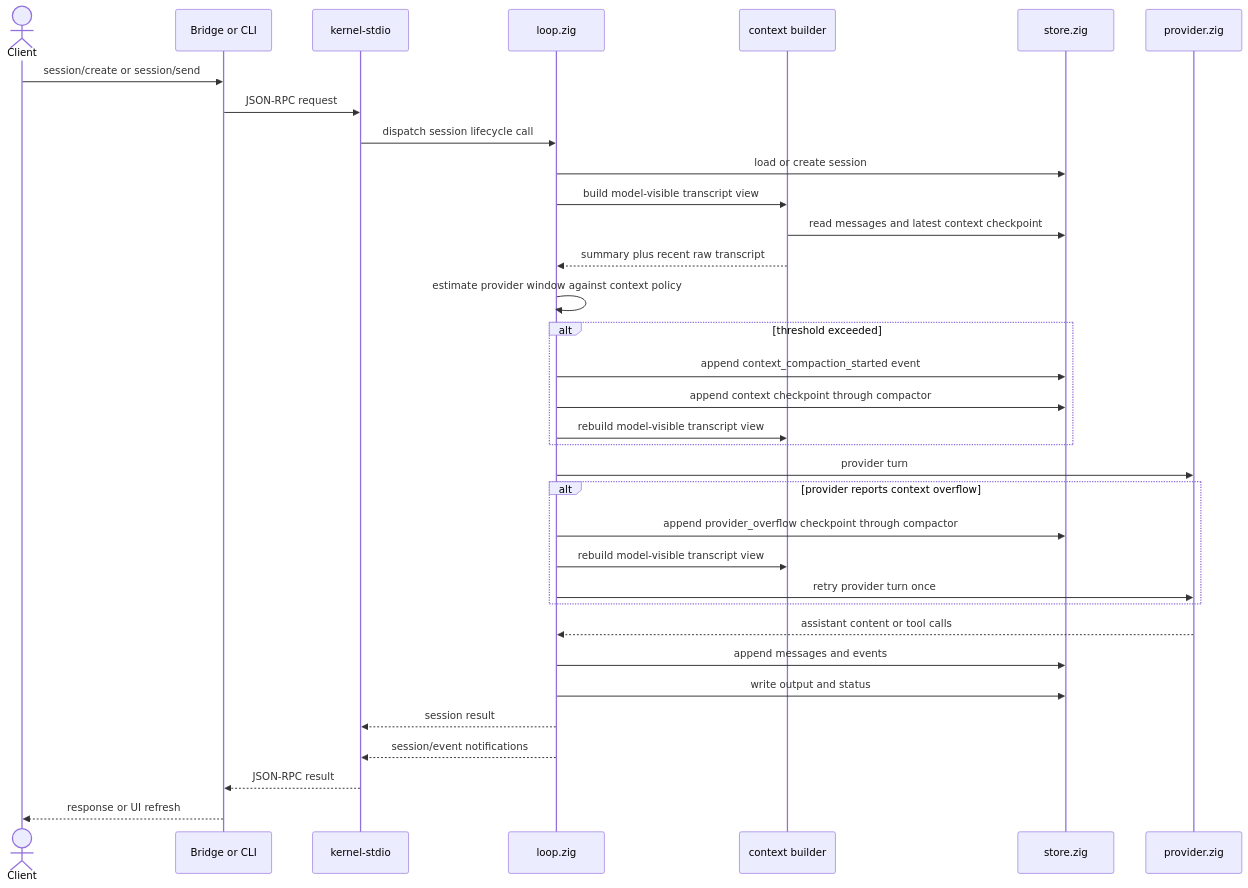
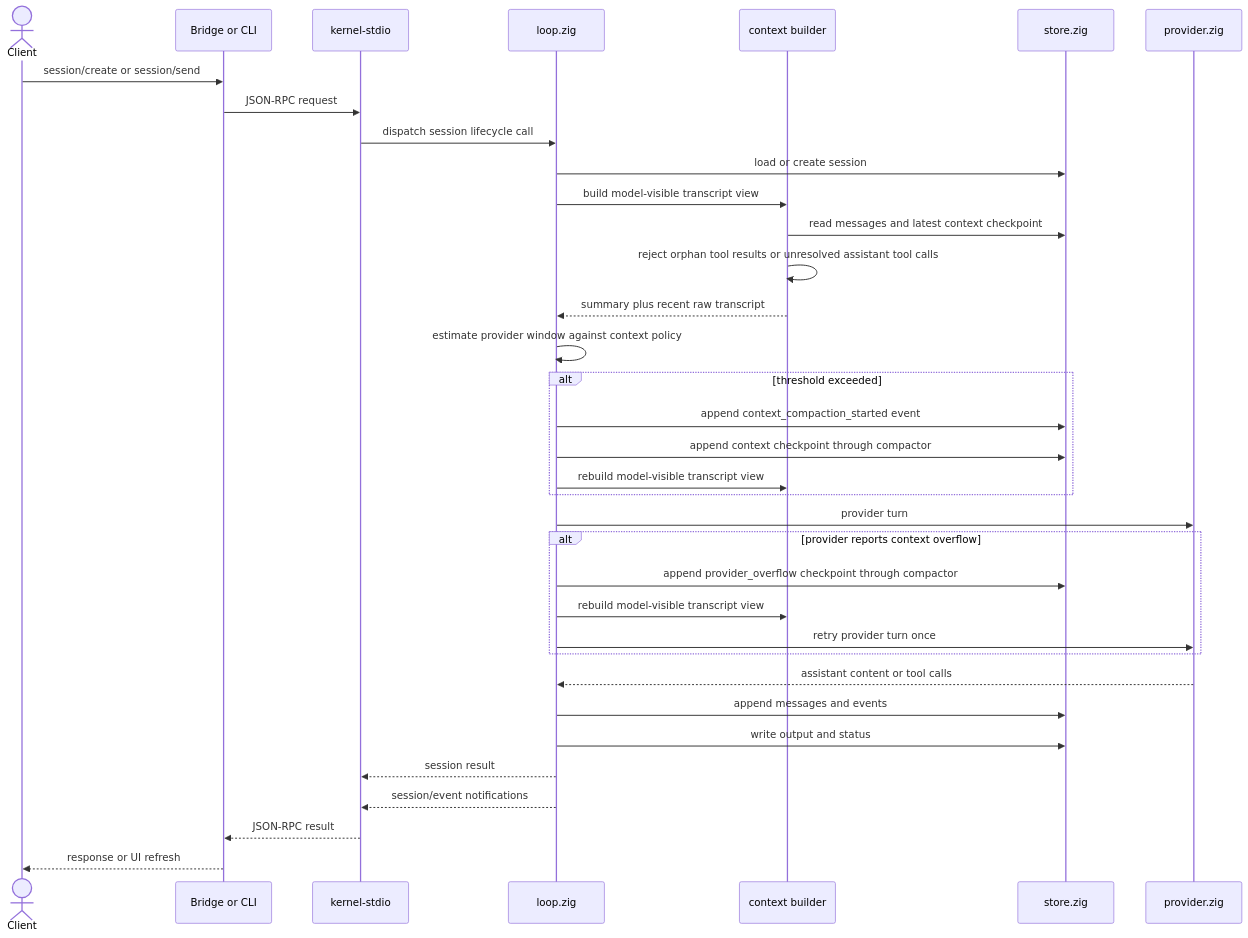
Before and after one commit to savageops/VANTARI-ONE: the second of 8 diagrams in apps/backend/architecture.md, drawn with Mermaid. The commit also changed other lines of this file and 6 other files, not shown here.

Commit message:
Reject invalid tool transcripts before provider calls

````diff
--- a/apps/backend/architecture.md
+++ b/apps/backend/architecture.md
@@ -61,37 +61,38 @@
 ```mermaid
 sequenceDiagram
   actor C as Client
   participant B as Bridge or CLI
   participant K as kernel-stdio
   participant E as loop.zig
   participant X as context builder
   participant S as store.zig
   participant P as provider.zig
 
   C->>B: session/create or session/send
   B->>K: JSON-RPC request
   K->>E: dispatch session lifecycle call
   E->>S: load or create session
   E->>X: build model-visible transcript view
   X->>S: read messages and latest context checkpoint
+  X->>X: reject orphan tool results or unresolved assistant tool calls
   X-->>E: summary plus recent raw transcript
   E->>E: estimate provider window against context policy
   alt threshold exceeded
     E->>S: append context_compaction_started event
     E->>S: append context checkpoint through compactor
     E->>X: rebuild model-visible transcript view
   end
   E->>P: provider turn
   alt provider reports context overflow
     E->>S: append provider_overflow checkpoint through compactor
     E->>X: rebuild model-visible transcript view
     E->>P: retry provider turn once
   end
   P-->>E: assistant content or tool calls
   E->>S: append messages and events
   E->>S: write output and status
   E-->>K: session result
   E-->>K: session/event notifications
   K-->>B: JSON-RPC result
   B-->>C: response or UI refresh
 ```
````
